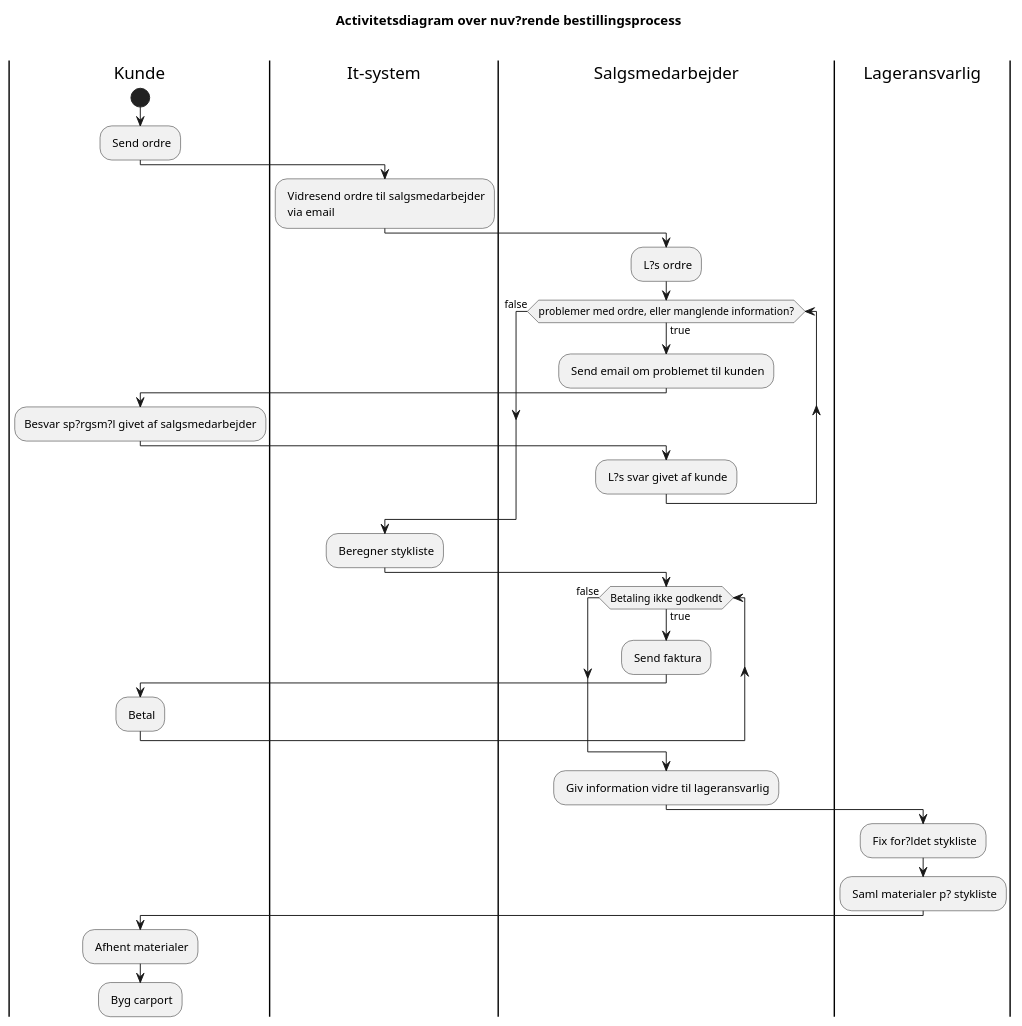
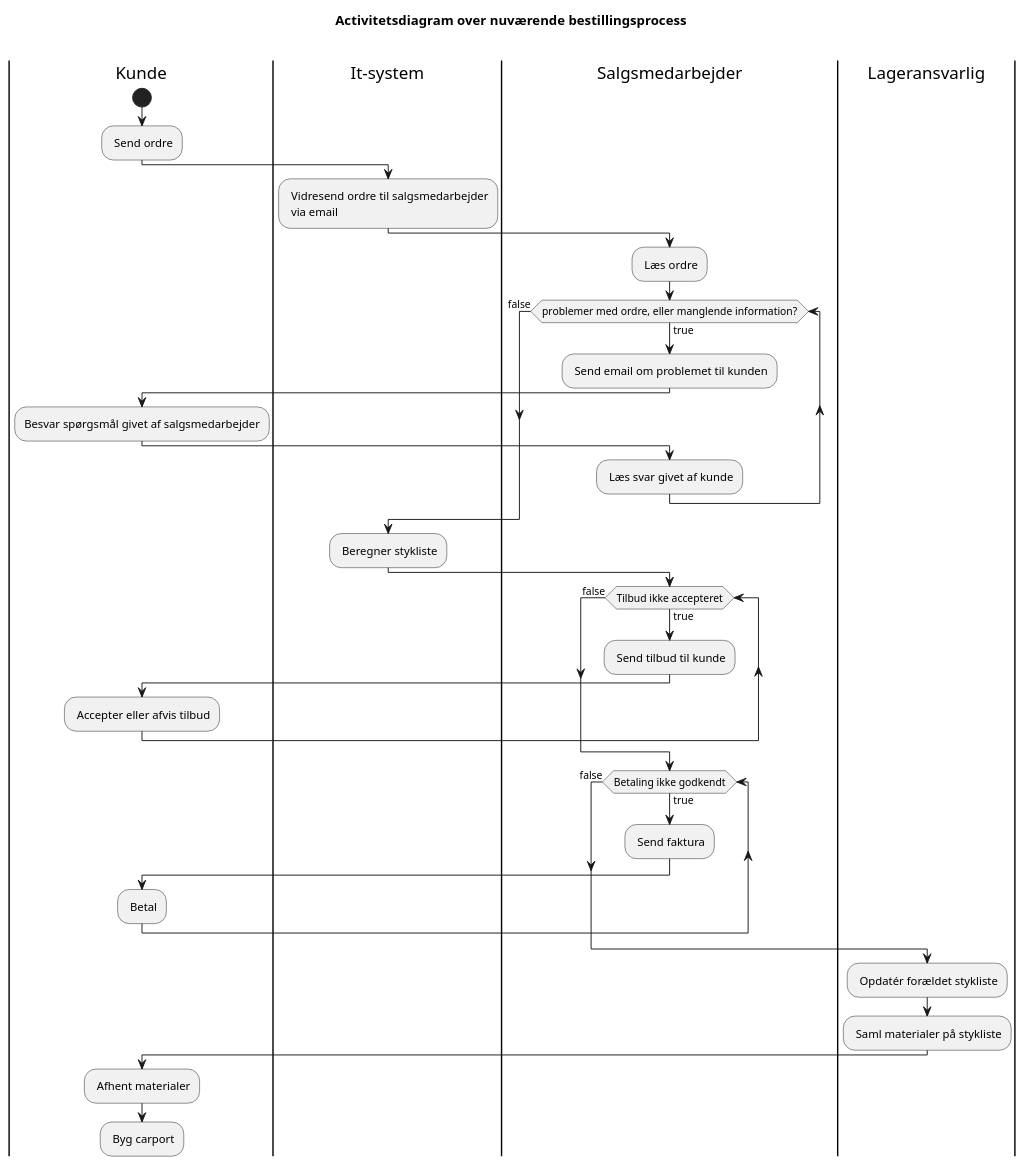
Before and after one commit to Thomas-Rosenkrans-Vestergaard/fog: the diagram in documentation/as_is_activity.puml, drawn with PlantUML.

Commit message:
updated activity diagram

```diff
--- a/documentation/as_is_activity.puml
+++ b/documentation/as_is_activity.puml
@@ -1,36 +1,40 @@
 @startuml
 
-title Activitetsdiagram over nuv?rende bestillingsprocess \n
+title Activitetsdiagram over nuværende bestillingsprocess \n
 
 |Kunde|
 start
 : Send ordre;
 |It-system|
 : Vidresend ordre til salgsmedarbejder
  via email;
 |Salgsmedarbejder|
-: L?s ordre;
+: Læs ordre;
 while (problemer med ordre, eller manglende information?) is (true)
     : Send email om problemet til kunden;
     |Kunde|
-    :Besvar sp?rgsm?l givet af salgsmedarbejder;
+    :Besvar spørgsmål givet af salgsmedarbejder;
     |Salgsmedarbejder|
-    : L?s svar givet af kunde;
+    : Læs svar givet af kunde;
 endwhile (false)
 |It-system|
 : Beregner stykliste;
+|Salgsmedarbejder|
+while (Tilbud ikke accepteret) is (true)
+: Send tilbud til kunde;
+|Kunde|
+: Accepter eller afvis tilbud;
+endwhile (false)
 |Salgsmedarbejder|
 while (Betaling ikke godkendt) is (true)
 : Send faktura;
 |Kunde|
 : Betal;
 endwhile (false)
-|Salgsmedarbejder|
-: Giv information vidre til lageransvarlig;
 |Lageransvarlig|
-: Fix for?ldet stykliste;
-: Saml materialer p? stykliste;
+: Opdatér forældet stykliste;
+: Saml materialer på stykliste;
 |Kunde|
 : Afhent materialer;
 : Byg carport;
 @enduml
```
